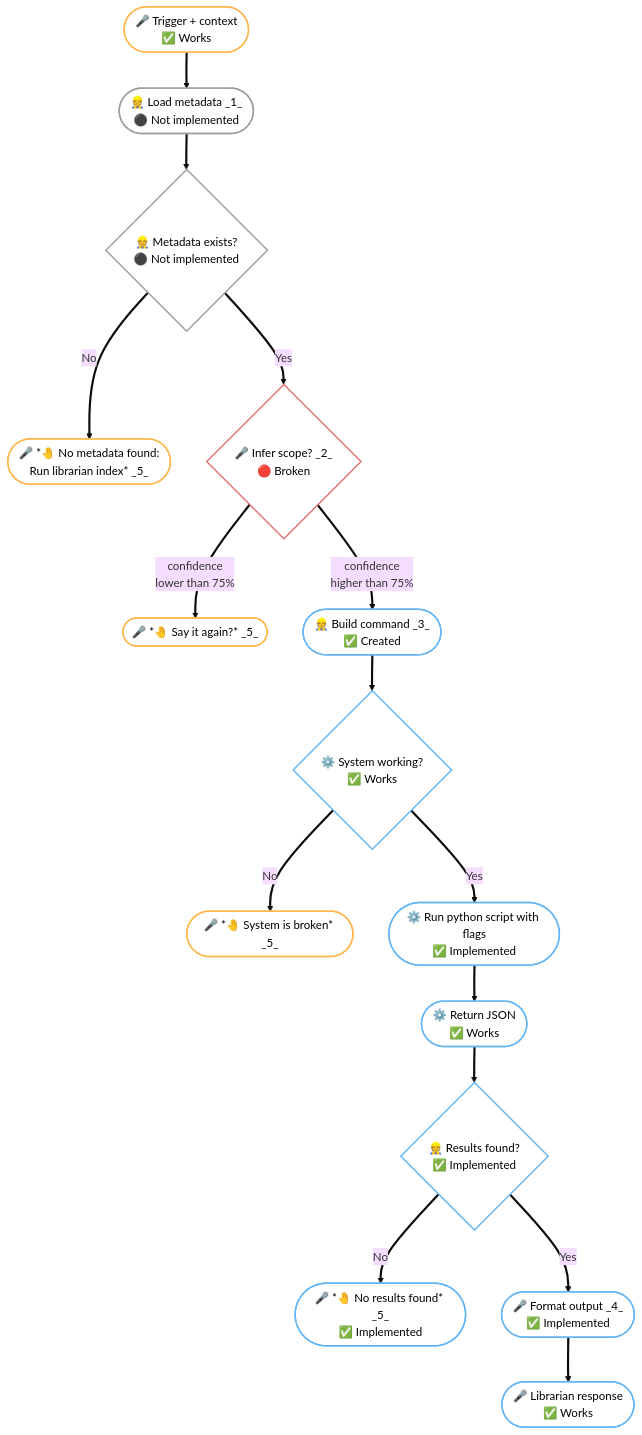
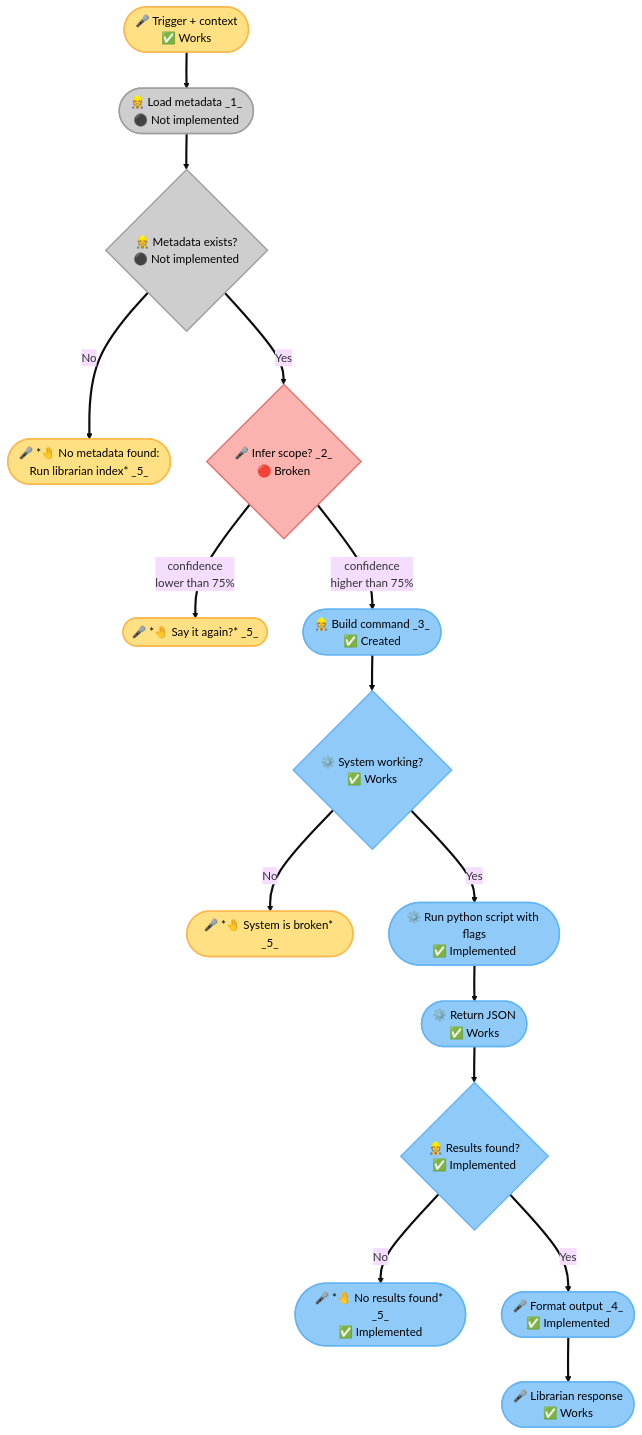
Before and after one commit to nonlinear/librarian: the first of 2 diagrams in backstage/epic-notes/v0.15.0-skill-protocol.md, drawn with Mermaid (base theme).

Commit message:
epic-15: Change fill to lighter colors (Node column) instead of white

````diff
--- a/backstage/epic-notes/v0.15.0-skill-protocol.md
+++ b/backstage/epic-notes/v0.15.0-skill-protocol.md
@@ -3,43 +3,43 @@
 ```mermaid
 flowchart TB
     TRIGGER(["🎤 Trigger + context<br/>✅ Works"])
     TRIGGER --> METADATA(["👷 Load metadata _1_<br/>⚫ Not implemented"])
     METADATA --> CHECK{"👷 Metadata exists?<br/>⚫ Not implemented"}
     
     CHECK -->|"No"| ERROR(["🎤 *🤚 No metadata found:<br>Run librarian index* _5_"])
     CHECK -->|"Yes"| INFER{"🎤 Infer scope? _2_<br/>🔴 Broken"}
     
     INFER -->|"confidence<br>lower than 75%"| CLARIFY(["🎤 *🤚 Say it again?* _5_"])
     INFER -->|"confidence<br>higher than 75%"| BUILD(["👷 Build command _3_<br/>✅ Created"])
     
     BUILD --> CHECK_SYSTEM{"⚙️ System working?<br/>✅ Works"}
     
     CHECK_SYSTEM -->|"No"| BROKEN(["🎤 *🤚 System is broken* _5_"])
     CHECK_SYSTEM -->|"Yes"| EXEC(["⚙️ Run python script with flags<br/>✅ Implemented"])
     
     EXEC --> JSON(["⚙️ Return JSON<br/>✅ Works"])
     JSON --> CHECK_RESULTS{"👷 Results found?<br/>✅ Implemented"}
     
     CHECK_RESULTS -->|"No"| EMPTY(["🎤 *🤚 No results found* _5_<br/>✅ Implemented"])
     CHECK_RESULTS -->|"Yes"| FORMAT(["🎤 Format output _4_<br/>✅ Implemented"])
     
     FORMAT --> RESPONSE(["🎤 Librarian response<br/>✅ Works"])
     
-    style TRIGGER fill:#FFFFFF,stroke:#FFB74D,stroke-width:2px,color:#000
-    style METADATA fill:#FFFFFF,stroke:#9E9E9E,stroke-width:2px,color:#000
-    style INFER fill:#FFFFFF,stroke:#E57373,stroke-width:2px,color:#000
-    style CLARIFY fill:#FFFFFF,stroke:#FFB74D,stroke-width:2px,color:#000
-    style BUILD fill:#FFFFFF,stroke:#64B5F6,stroke-width:2px,color:#000
-    style EXEC fill:#FFFFFF,stroke:#64B5F6,stroke-width:2px,color:#000
-    style JSON fill:#FFFFFF,stroke:#64B5F6,stroke-width:2px,color:#000
-    style FORMAT fill:#FFFFFF,stroke:#64B5F6,stroke-width:2px,color:#000
-    style RESPONSE fill:#FFFFFF,stroke:#64B5F6,stroke-width:2px,color:#000
-    style CHECK fill:#FFFFFF,stroke:#9E9E9E,stroke-width:2px,color:#000
-    style ERROR fill:#FFFFFF,stroke:#FFB74D,stroke-width:2px,color:#000
-    style CHECK_SYSTEM fill:#FFFFFF,stroke:#64B5F6,stroke-width:2px,color:#000
-    style BROKEN fill:#FFFFFF,stroke:#FFB74D,stroke-width:2px,color:#000
-    style CHECK_RESULTS fill:#FFFFFF,stroke:#64B5F6,stroke-width:2px,color:#000
-    style EMPTY fill:#FFFFFF,stroke:#64B5F6,stroke-width:2px,color:#000
+    style TRIGGER fill:#FFE083,stroke:#FFB74D,stroke-width:2px,color:#000
+    style METADATA fill:#CECECE,stroke:#9E9E9E,stroke-width:2px,color:#000
+    style INFER fill:#FAB3AE,stroke:#E57373,stroke-width:2px,color:#000
+    style CLARIFY fill:#FFE083,stroke:#FFB74D,stroke-width:2px,color:#000
+    style BUILD fill:#90CAF9,stroke:#64B5F6,stroke-width:2px,color:#000
+    style EXEC fill:#90CAF9,stroke:#64B5F6,stroke-width:2px,color:#000
+    style JSON fill:#90CAF9,stroke:#64B5F6,stroke-width:2px,color:#000
+    style FORMAT fill:#90CAF9,stroke:#64B5F6,stroke-width:2px,color:#000
+    style RESPONSE fill:#90CAF9,stroke:#64B5F6,stroke-width:2px,color:#000
+    style CHECK fill:#CECECE,stroke:#9E9E9E,stroke-width:2px,color:#000
+    style ERROR fill:#FFE083,stroke:#FFB74D,stroke-width:2px,color:#000
+    style CHECK_SYSTEM fill:#90CAF9,stroke:#64B5F6,stroke-width:2px,color:#000
+    style BROKEN fill:#FFE083,stroke:#FFB74D,stroke-width:2px,color:#000
+    style CHECK_RESULTS fill:#90CAF9,stroke:#64B5F6,stroke-width:2px,color:#000
+    style EMPTY fill:#90CAF9,stroke:#64B5F6,stroke-width:2px,color:#000
     
     linkStyle default stroke-width:3px
 ```
````
